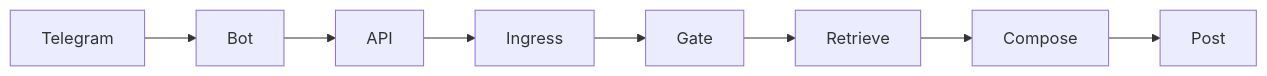
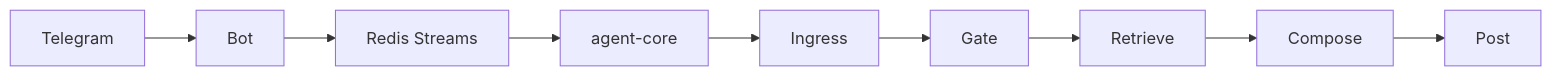
One commit to YevgeniyKapustin/VanessaAI changed the diagram in docs/architecture.md. Above: the diagram before and after it, drawn with Mermaid. The commit also changed 57 other files, not shown here.

````diff
--- a/docs/architecture.md
+++ b/docs/architecture.md
@@ -9,12 +9,14 @@
 ```mermaid
 flowchart LR
   telegram[Telegram]
   bot[Bot]
-  api[API]
+  broker[Redis Streams]
+  core[agent-core]
   ingress[Ingress]
   gate[Gate]
   retrieve[Retrieve]
   compose[Compose]
   post[Post]
-  telegram --> bot --> api --> ingress --> gate --> retrieve --> compose --> post
+  telegram --> bot --> broker --> core
+  core --> ingress --> gate --> retrieve --> compose --> post
 ```
````
